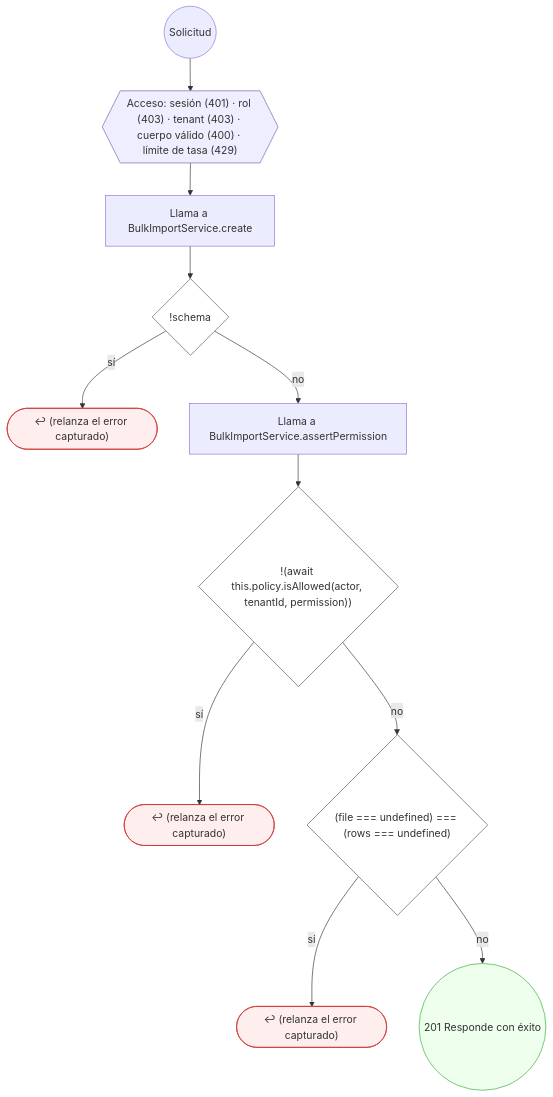
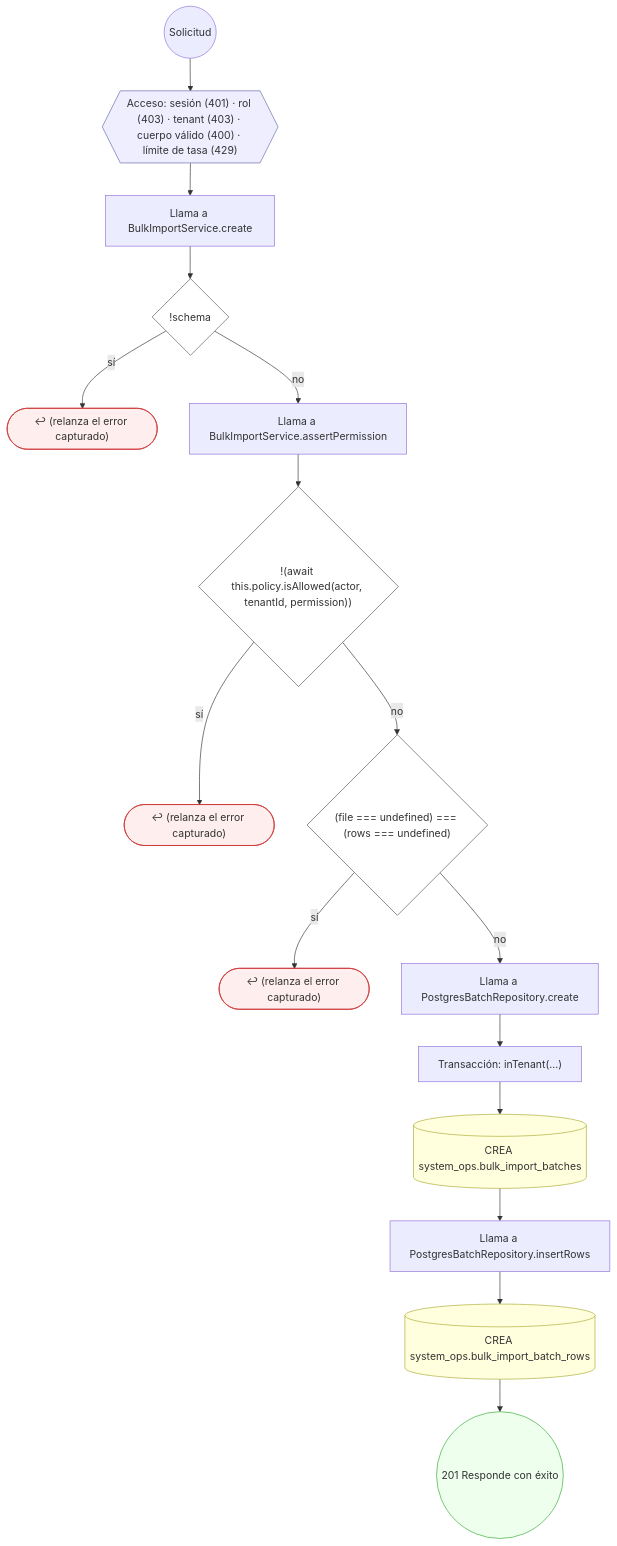
One commit to mdavila-2001/mantra-core-health-api changed the fourth of 8 diagrams in docs/inventario/flujos/bulk_import.md. Above: the diagram before and after it, drawn with Mermaid. The commit also changed other lines of this file and 124 other files, not shown here.

````diff
--- a/docs/inventario/flujos/bulk_import.md
+++ b/docs/inventario/flujos/bulk_import.md
@@ -245,30 +251,40 @@
 ```mermaid
 flowchart TD
   n1(("Solicitud")):::inicio
   n2{{"Acceso: sesión (401) · rol (403) · tenant (403) · cuerpo válido (400) · límite de tasa (429)"}}:::acceso
   n1 --> n2
   n3["Llama a BulkImportService.create"]:::llamada
   n2 --> n3
   n4{"!schema"}:::decision
   n3 --> n4
   n5(["↩ (relanza el error capturado)"]):::error
   n4 -->|"sí"| n5
   n6["Llama a BulkImportService.assertPermission"]:::llamada
   n4 -->|"no"| n6
   n7{"!(await this.policy.isAllowed(actor, tenantId, permission))"}:::decision
   n6 --> n7
   n8(["↩ (relanza el error capturado)"]):::error
   n7 -->|"sí"| n8
   n9{"(file === undefined) === (rows === undefined)"}:::decision
   n7 -->|"no"| n9
   n10(["↩ (relanza el error capturado)"]):::error
   n9 -->|"sí"| n10
-  n11(("201 Responde con éxito")):::ok
+  n11["Llama a PostgresBatchRepository.create"]:::llamada
   n9 -->|"no"| n11
+  n12["Transacción: inTenant(…)"]:::transaccion
+  n11 --> n12
+  n13[("CREA system_ops.bulk_import_batches")]:::efecto
+  n12 --> n13
+  n14["Llama a PostgresBatchRepository.insertRows"]:::llamada
+  n13 --> n14
+  n15[("CREA system_ops.bulk_import_batch_rows")]:::efecto
+  n14 --> n15
+  n16(("201 Responde con éxito")):::ok
+  n15 --> n16
   classDef acceso fill:#eef,stroke:#66a
   classDef error fill:#fee,stroke:#c33
   classDef ok fill:#efe,stroke:#3a3
   classDef efecto fill:#ffd,stroke:#aa3
   classDef decision fill:#fff,stroke:#555
   classDef corte fill:#eee,stroke:#999,stroke-dasharray: 4
 ```
````
